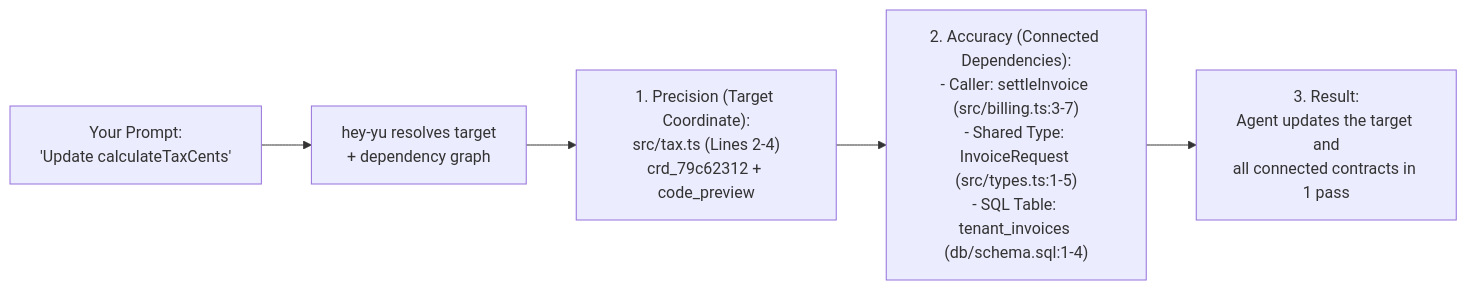
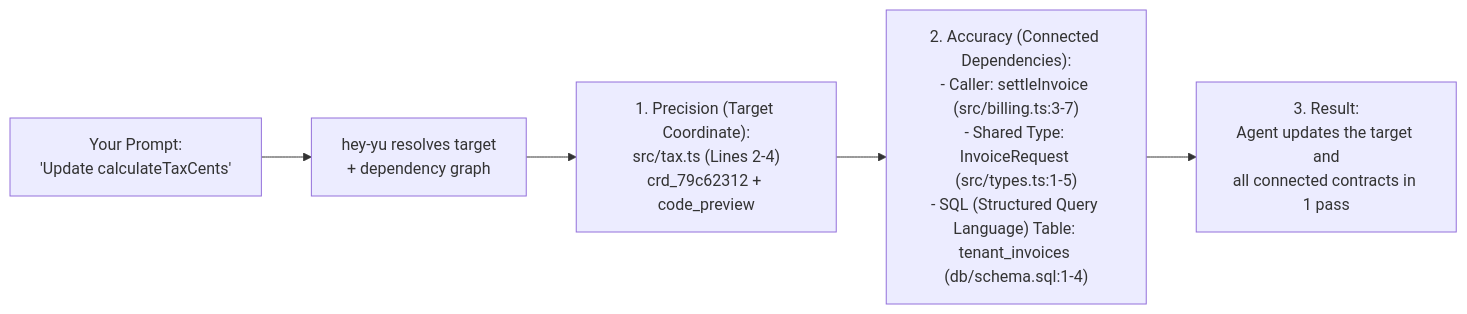
One commit to yuyurooms/hey-yu changed the first of 2 diagrams in README.md. Above: the diagram before and after it, drawn with Mermaid. The commit also changed other lines of this file and 7 other files, not shown here.

````diff
--- a/README.md
+++ b/README.md
@@ -101,7 +102,7 @@
 ```mermaid
 flowchart LR
     Prompt["Your Prompt:<br/>'Update calculateTaxCents'"] --> Resolve["hey-yu resolves target<br/>+ dependency graph"]
     Resolve --> Target["1. Precision (Target Coordinate):<br/>src/tax.ts (Lines 2-4)<br/>crd_79c62312 + code_preview"]
-    Target --> Deps["2. Accuracy (Connected Dependencies):<br/>- Caller: settleInvoice (src/billing.ts:3-7)<br/>- Shared Type: InvoiceRequest (src/types.ts:1-5)<br/>- SQL Table: tenant_invoices (db/schema.sql:1-4)"]
+    Target --> Deps["2. Accuracy (Connected Dependencies):<br/>- Caller: settleInvoice (src/billing.ts:3-7)<br/>- Shared Type: InvoiceRequest (src/types.ts:1-5)<br/>- SQL (Structured Query Language) Table: tenant_invoices (db/schema.sql:1-4)"]
     Deps --> Result["3. Result:<br/>Agent updates the target and<br/>all connected contracts in 1 pass"]
 ```
````
